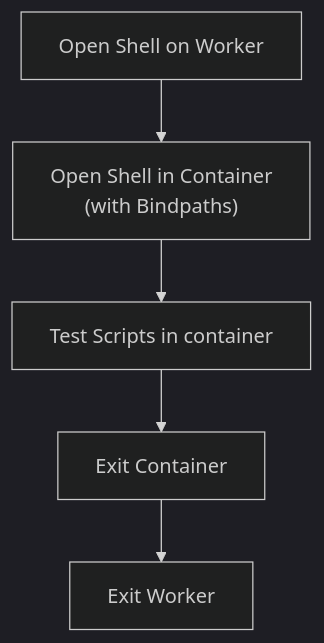
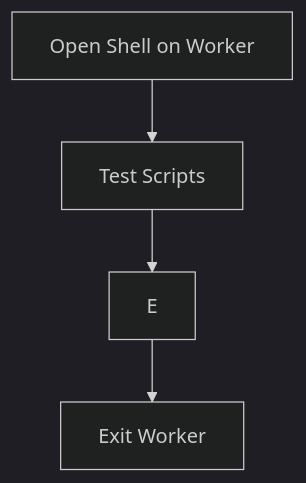
Before and after one commit to laderast/bash_for_hpc: the diagram in interactive_shell.qmd, drawn with Mermaid (dark theme). The commit also changed other lines of this file and 9 other files, not shown here.

Commit message:
revising interactive shell - splitting out container testing

````diff
--- a/interactive_shell.qmd
+++ b/interactive_shell.qmd
@@ -11,8 +10,6 @@
 ```{mermaid}
 flowchart TD
    A[Open Shell on Worker] --> B
-   B["Open Shell in Container\n(with Bindpaths)"]
-   B --> D[Test Scripts in container]
-   D --> E[Exit Container]
+   B[Test Scripts] --> E
    E --> F[Exit Worker]
 ```
````
